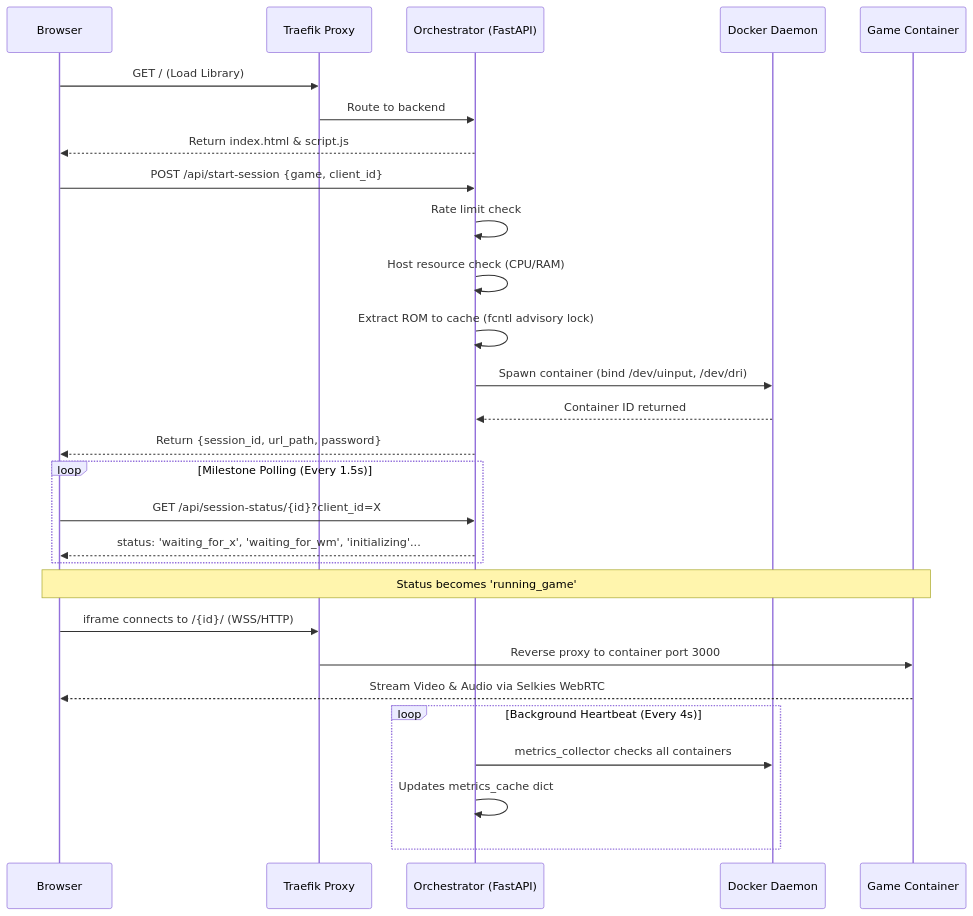
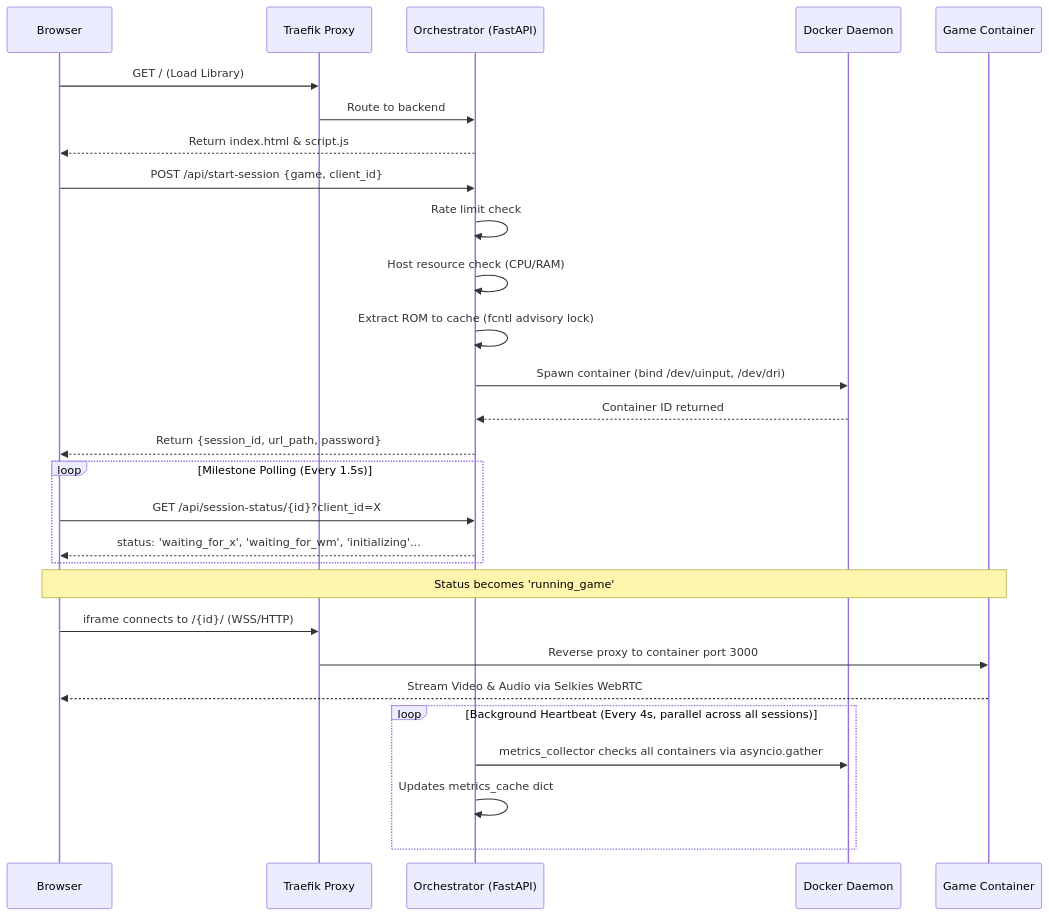
One commit to somu1795/ps1engine changed the diagram in ARCHITECTURE.md. Above: the diagram before and after it, drawn with Mermaid. The commit also changed other lines of this file, not shown here.

First line of the commit message:
docs: comprehensive audit and improvement of ARCHITECTURE.md

````diff
--- a/ARCHITECTURE.md
+++ b/ARCHITECTURE.md
@@ -137,36 +149,36 @@
 ```mermaid
 sequenceDiagram
     participant Browser
     participant Traefik as Traefik Proxy
     participant API as Orchestrator (FastAPI)
     participant Docker as Docker Daemon
     participant Container as Game Container
 
     Browser->>Traefik: GET / (Load Library)
     Traefik->>API: Route to backend
     API-->>Browser: Return index.html & script.js
     
     Browser->>API: POST /api/start-session {game, client_id}
     API->>API: Rate limit check
     API->>API: Host resource check (CPU/RAM)
     API->>API: Extract ROM to cache (fcntl advisory lock)
     API->>Docker: Spawn container (bind /dev/uinput, /dev/dri)
     Docker-->>API: Container ID returned
     API-->>Browser: Return {session_id, url_path, password}
 
     loop Milestone Polling (Every 1.5s)
         Browser->>API: GET /api/session-status/{id}?client_id=X
         API-->>Browser: status: 'waiting_for_x', 'waiting_for_wm', 'initializing'...
     end
 
     Note over Browser, Container: Status becomes 'running_game'
     
     Browser->>Traefik: iframe connects to /{id}/ (WSS/HTTP)
     Traefik->>Container: Reverse proxy to container port 3000
     Container-->>Browser: Stream Video & Audio via Selkies WebRTC
 
-    loop Background Heartbeat (Every 4s)
-        API->>Docker: metrics_collector checks all containers
+    loop Background Heartbeat (Every 4s, parallel across all sessions)
+        API->>Docker: metrics_collector checks all containers via asyncio.gather
         API->>API: Updates metrics_cache dict
     end
 ```
````
